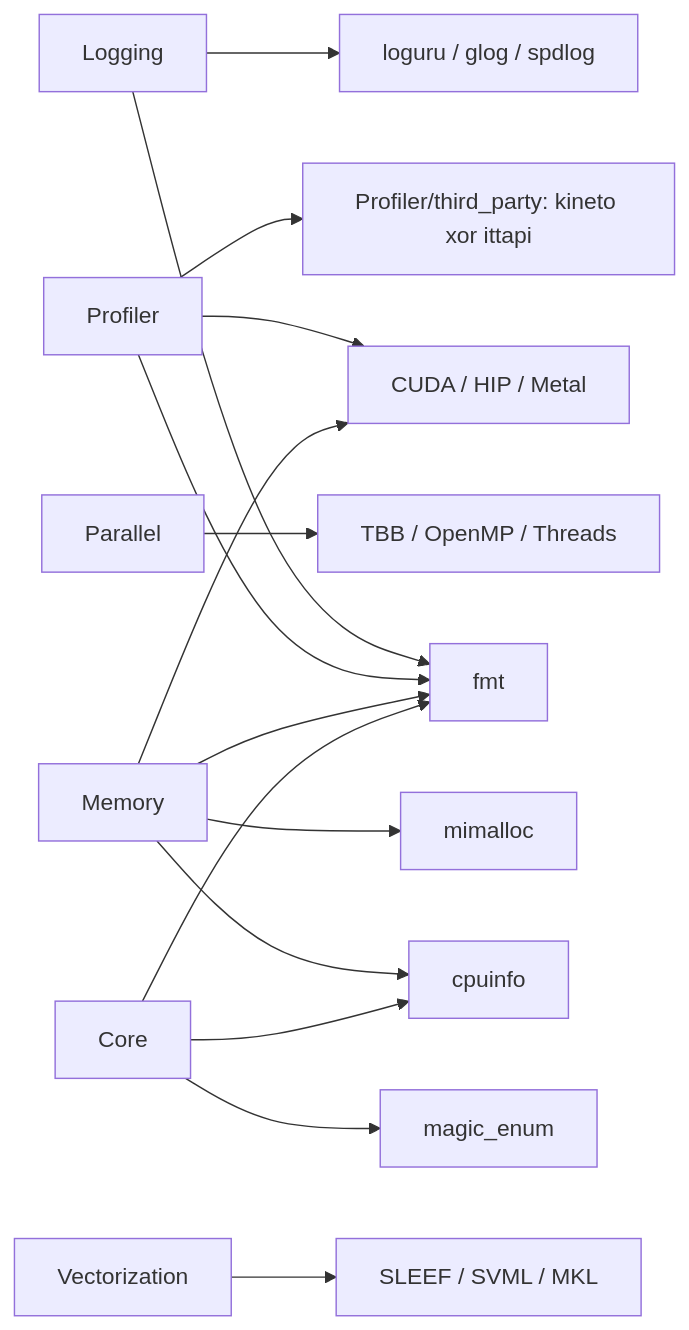
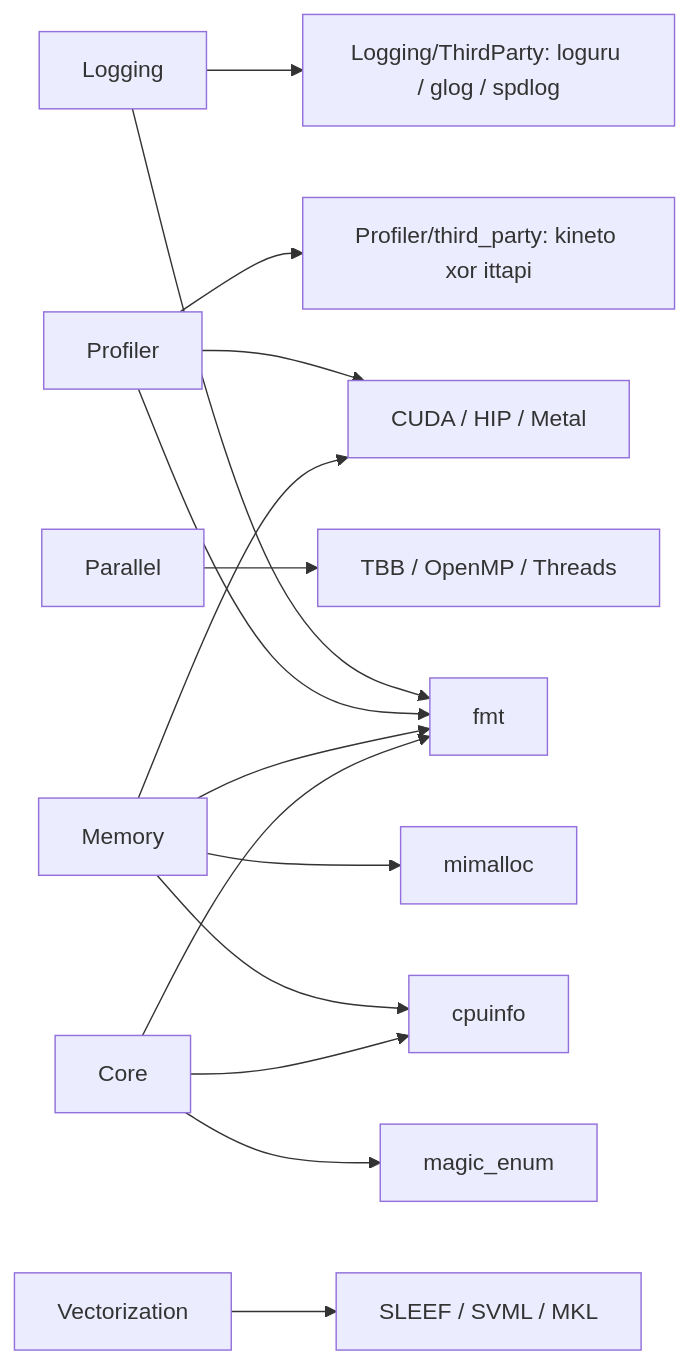
Before and after one commit to KhwarizmiAnalytix/XSigma: the fifth of 5 diagrams in Docs/PROJECT_DEPENDENCIES.md, drawn with Mermaid. The commit also changed other lines of this file and 31 other files, not shown here.

First line of the commit message:
Drop duplicate glog/loguru/spdlog and require <> for third-party includes.

````diff
--- a/Docs/PROJECT_DEPENDENCIES.md
+++ b/Docs/PROJECT_DEPENDENCIES.md
@@ -155,17 +155,17 @@
 ```mermaid
 flowchart LR
   Logging --> fmt
-  Logging --> loguru_glog_spdlog["loguru / glog / spdlog"]
+  Logging --> loguru_glog_spdlog["Logging/ThirdParty: loguru / glog / spdlog"]
   Parallel --> tbb_omp["TBB / OpenMP / Threads"]
   Profiler --> fmt
   Profiler --> nested_backends["Profiler/third_party: kineto xor ittapi"]
   Profiler --> gpu_rt["CUDA / HIP / Metal"]
   Memory --> fmt
   Memory --> cpuinfo
   Memory --> mimalloc
   Memory --> gpu_rt
   Vectorization --> sleef_svml_mkl["SLEEF / SVML / MKL"]
   Core --> fmt
   Core --> cpuinfo
   Core --> magic_enum
 ```
````
